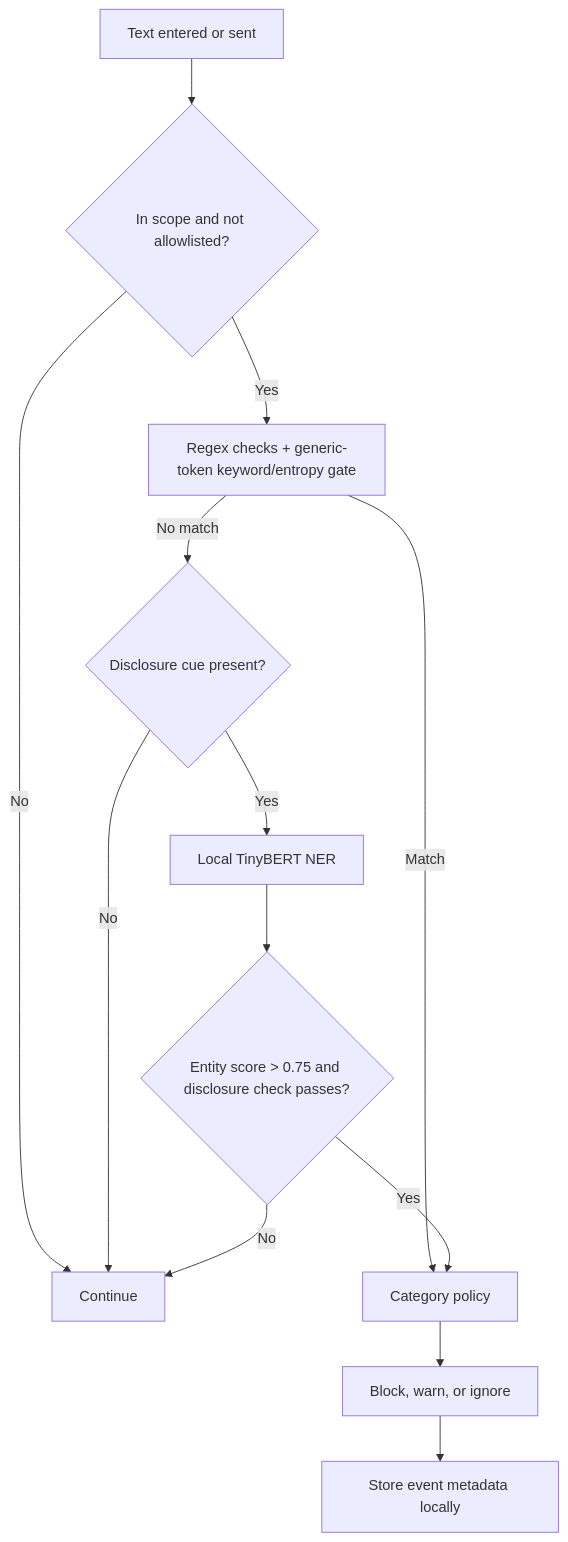
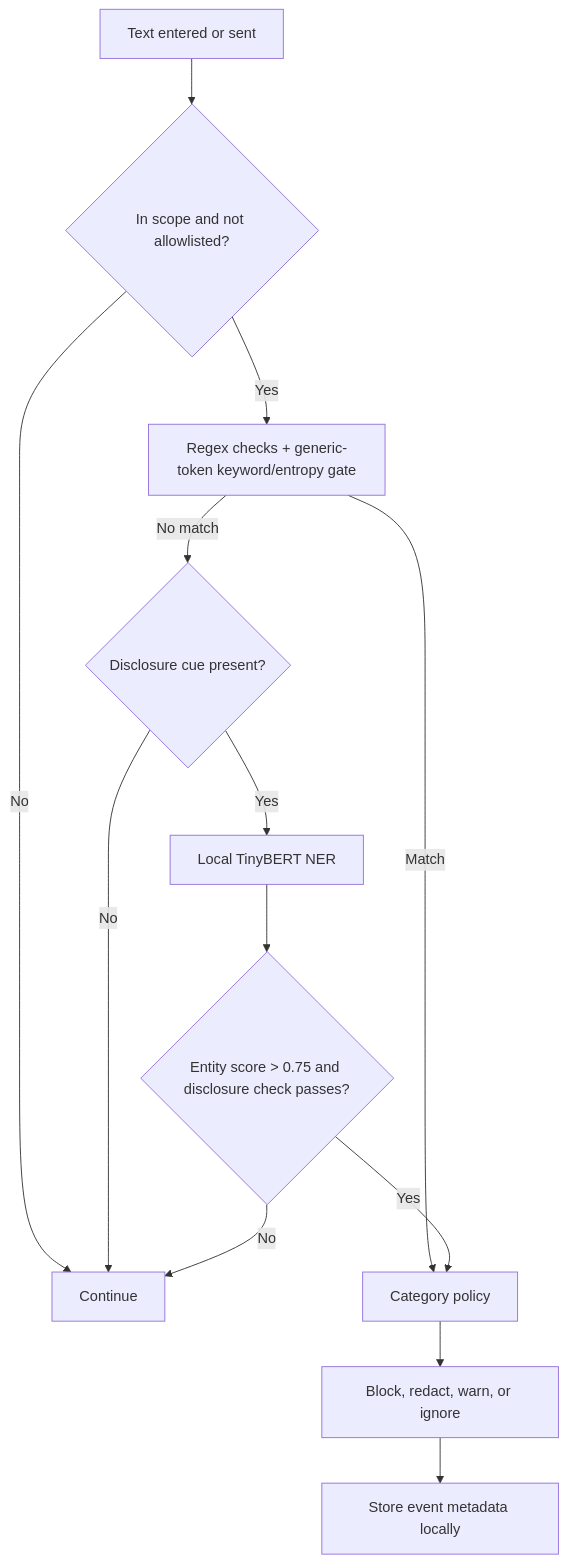
One commit to RevHeadGuy/LLM_DATA_LEAKAGE_MONITOR changed the diagram in README.md. Above: the diagram before and after it, drawn with Mermaid. The commit also changed other lines of this file and 10 other files, not shown here.

````diff
--- a/README.md
+++ b/README.md
@@ -51,15 +57,15 @@
 ```mermaid
 flowchart TD
     A[Text entered or sent] --> B{In scope and not allowlisted?}
     B -- No --> Z[Continue]
     B -- Yes --> C[Regex checks + generic-token keyword/entropy gate]
     C -- Match --> D[Category policy]
     C -- No match --> E{Disclosure cue present?}
     E -- No --> Z
     E -- Yes --> F[Local TinyBERT NER]
     F --> G{Entity score > 0.75 and disclosure check passes?}
     G -- No --> Z
     G -- Yes --> D
-    D --> H[Block, warn, or ignore]
+    D --> H[Block, redact, warn, or ignore]
     H --> I[Store event metadata locally]
 ```
````
